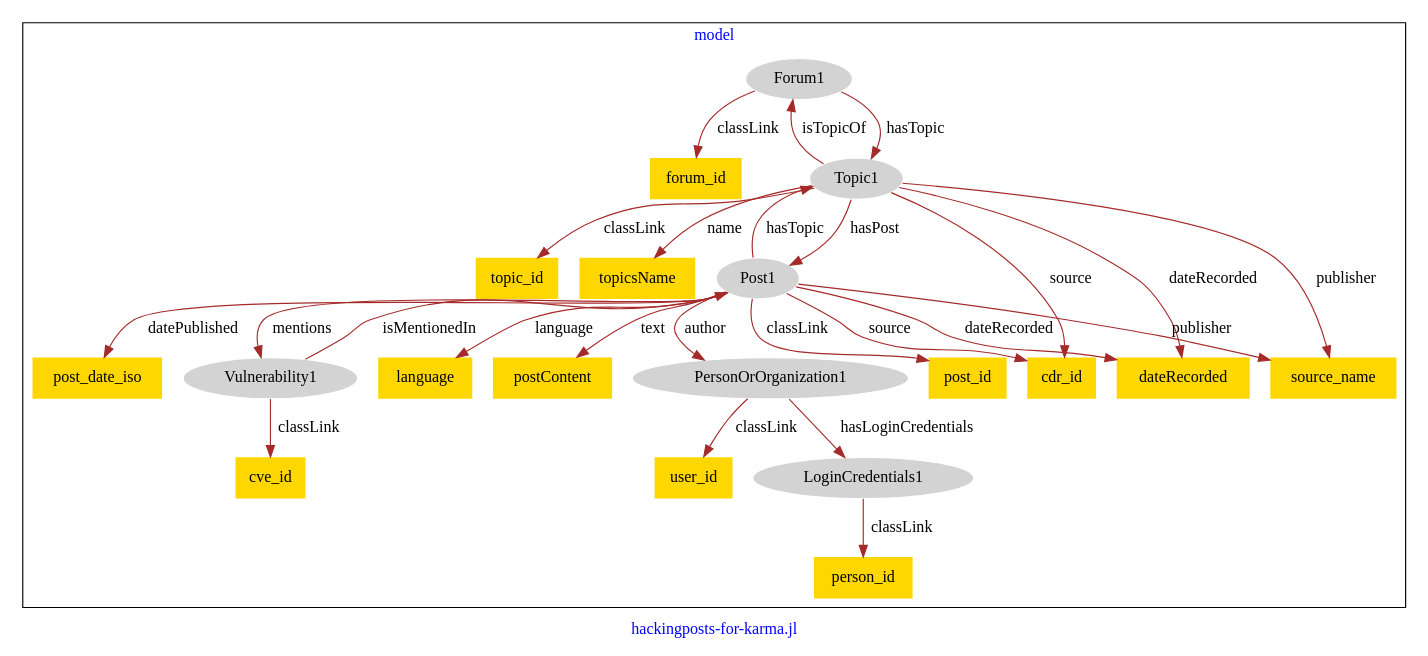
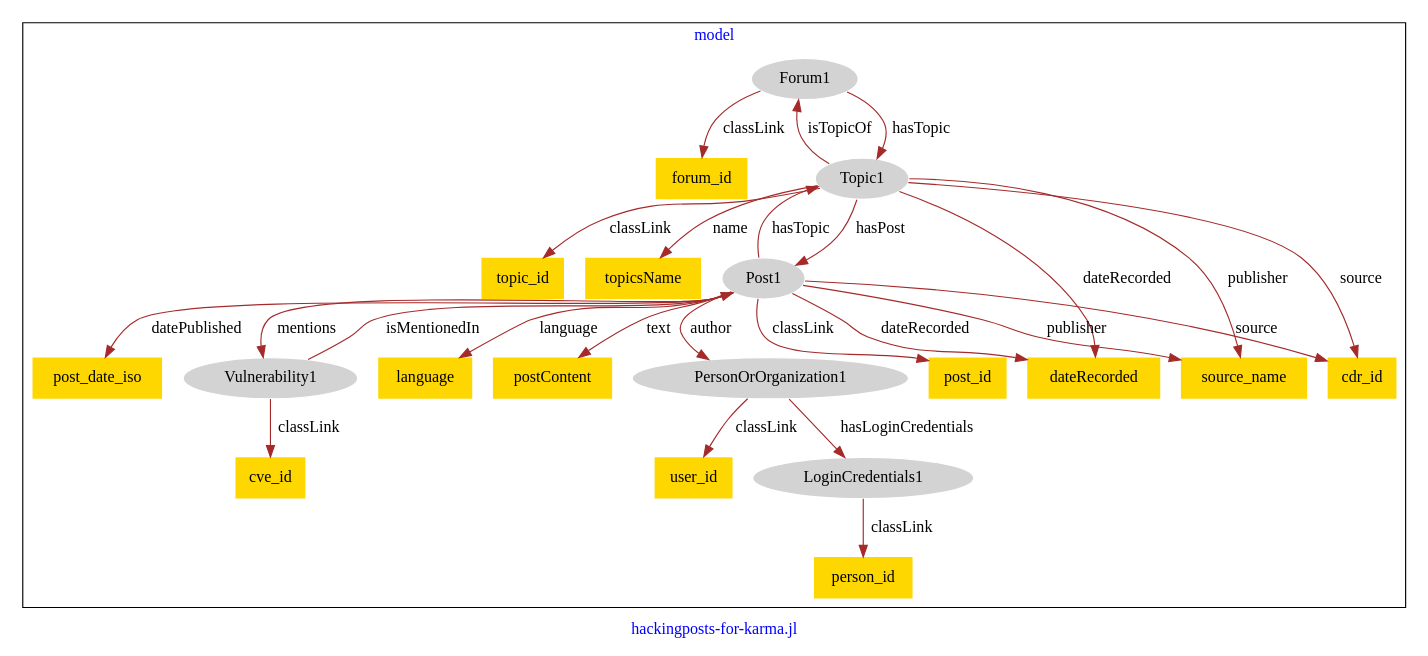
Before and after one commit to usc-isi-i2/effect-alignment: the diagram in models/asu-hacking-posts/hacking_posts-model.dot, drawn with Graphviz.

Commit message:
Update file hacking_posts-model.dot

```diff
--- a/models/asu-hacking-posts/hacking_posts-model.dot
+++ b/models/asu-hacking-posts/hacking_posts-model.dot
@@ -1,51 +1,51 @@
 digraph n0 {
 fontcolor="blue"
 remincross="true"
 label="hackingposts-for-karma.jl"
 subgraph cluster {
 label="model"
 n2[style="filled",color="white",fillcolor="lightgray",label="Forum1"];
 n3[shape="plaintext",style="filled",fillcolor="gold",label="forum_id"];
 n4[style="filled",color="white",fillcolor="lightgray",label="Topic1"];
 n5[style="filled",color="white",fillcolor="lightgray",label="LoginCredentials1"];
 n6[shape="plaintext",style="filled",fillcolor="gold",label="person_id"];
 n7[style="filled",color="white",fillcolor="lightgray",label="PersonOrOrganization1"];
 n8[shape="plaintext",style="filled",fillcolor="gold",label="user_id"];
 n9[style="filled",color="white",fillcolor="lightgray",label="Post1"];
 n10[shape="plaintext",style="filled",fillcolor="gold",label="post_id"];
 n11[shape="plaintext",style="filled",fillcolor="gold",label="post_date_iso"];
 n12[shape="plaintext",style="filled",fillcolor="gold",label="language"];
 n13[shape="plaintext",style="filled",fillcolor="gold",label="postContent"];
 n14[shape="plaintext",style="filled",fillcolor="gold",label="topic_id"];
 n15[shape="plaintext",style="filled",fillcolor="gold",label="topicsName"];
 n16[style="filled",color="white",fillcolor="lightgray",label="Vulnerability1"];
 n17[shape="plaintext",style="filled",fillcolor="gold",label="cve_id"];
-n18[shape="plaintext",style="filled",fillcolor="gold",label="cdr_id"];
-n19[shape="plaintext",style="filled",fillcolor="gold",label="dateRecorded"];
-n20[shape="plaintext",style="filled",fillcolor="gold",label="source_name"];
+n18[shape="plaintext",style="filled",fillcolor="gold",label="dateRecorded"];
+n19[shape="plaintext",style="filled",fillcolor="gold",label="source_name"];
+n20[shape="plaintext",style="filled",fillcolor="gold",label="cdr_id"];
 }
 n2 -> n3[color="brown",fontcolor="black",label="classLink"]
 n2 -> n4[color="brown",fontcolor="black",label="hasTopic"]
 n5 -> n6[color="brown",fontcolor="black",label="classLink"]
 n7 -> n8[color="brown",fontcolor="black",label="classLink"]
 n7 -> n5[color="brown",fontcolor="black",label="hasLoginCredentials"]
 n9 -> n10[color="brown",fontcolor="black",label="classLink"]
 n9 -> n4[color="brown",fontcolor="black",label="hasTopic"]
 n9 -> n7[color="brown",fontcolor="black",label="author"]
 n9 -> n11[color="brown",fontcolor="black",label="datePublished"]
 n9 -> n12[color="brown",fontcolor="black",label="language"]
 n9 -> n13[color="brown",fontcolor="black",label="text"]
 n4 -> n14[color="brown",fontcolor="black",label="classLink"]
 n4 -> n15[color="brown",fontcolor="black",label="name"]
 n16 -> n17[color="brown",fontcolor="black",label="classLink"]
 n16 -> n9[color="brown",fontcolor="black",label="isMentionedIn"]
-n9 -> n18[color="brown",fontcolor="black",label="source"]
-n9 -> n19[color="brown",fontcolor="black",label="dateRecorded"]
-n4 -> n20[color="brown",fontcolor="black",label="publisher"]
+n9 -> n18[color="brown",fontcolor="black",label="dateRecorded"]
+n4 -> n18[color="brown",fontcolor="black",label="dateRecorded"]
+n4 -> n19[color="brown",fontcolor="black",label="publisher"]
+n4 -> n20[color="brown",fontcolor="black",label="source"]
+n9 -> n20[color="brown",fontcolor="black",label="source"]
 n4 -> n9[color="brown",fontcolor="black",label="hasPost"]
 n4 -> n2[color="brown",fontcolor="black",label="isTopicOf"]
-n4 -> n19[color="brown",fontcolor="black",label="dateRecorded"]
-n4 -> n18[color="brown",fontcolor="black",label="source"]
 n9 -> n16[color="brown",fontcolor="black",label="mentions"]
-n9 -> n20[color="brown",fontcolor="black",label="publisher"]
+n9 -> n19[color="brown",fontcolor="black",label="publisher"]
 }
```
